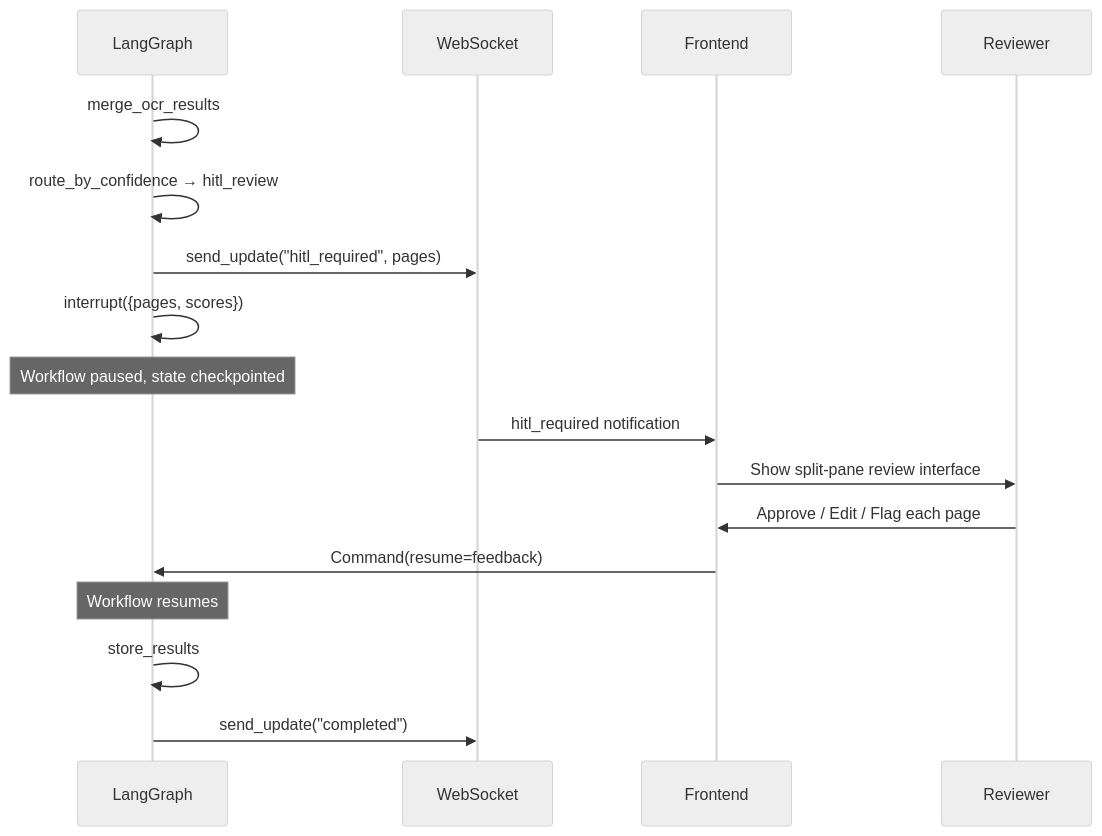
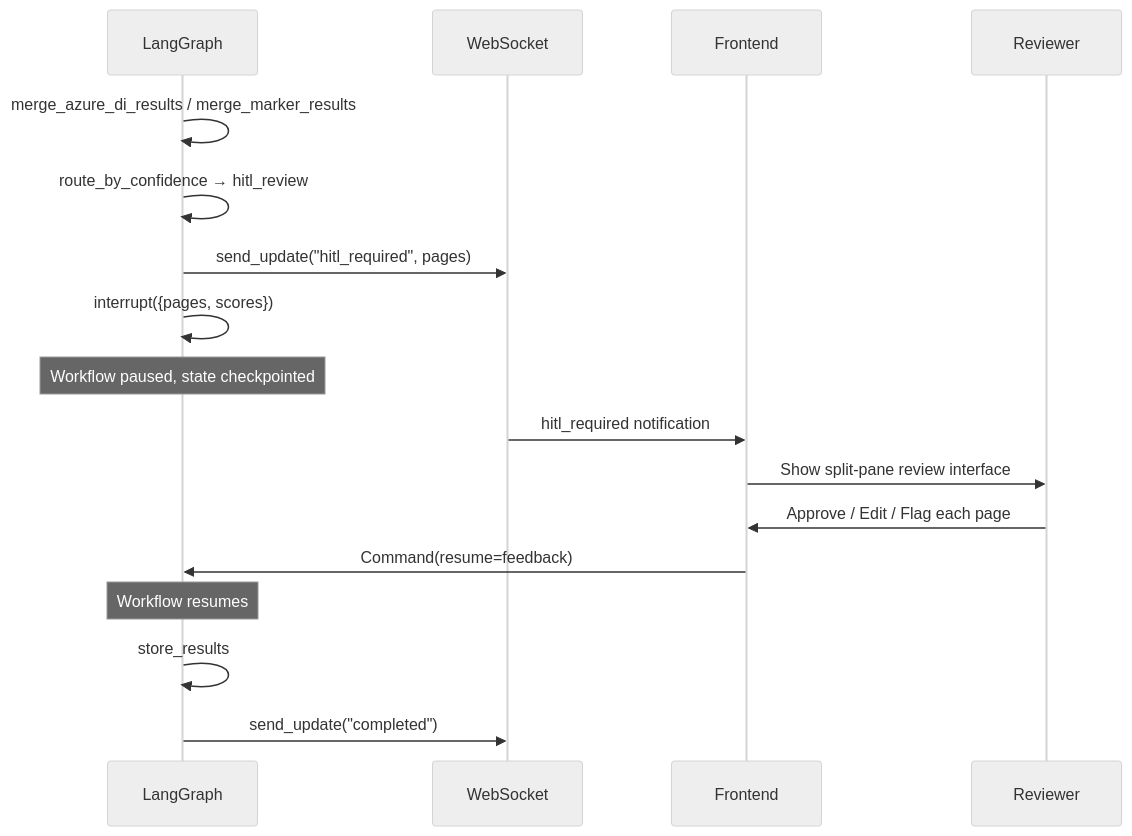
Before and after one commit to auropro-hyd/Docs-digitization: the second of 2 diagrams in wiki/backend/workflow/hitl-flow.md, drawn with Mermaid (neutral theme). The commit also changed other lines of this file and 146 other files, not shown here.

````diff
--- a/wiki/backend/workflow/hitl-flow.md
+++ b/wiki/backend/workflow/hitl-flow.md
@@ -106,23 +107,23 @@
 ```mermaid
 sequenceDiagram
     participant Graph as LangGraph
     participant WS as WebSocket
     participant UI as Frontend
     participant Human as Reviewer
 
-    Graph->>Graph: merge_ocr_results
+    Graph->>Graph: merge_azure_di_results / merge_marker_results
     Graph->>Graph: route_by_confidence → hitl_review
     Graph->>WS: send_update("hitl_required", pages)
     Graph->>Graph: interrupt({pages, scores})
     Note over Graph: Workflow paused, state checkpointed
 
     WS->>UI: hitl_required notification
     UI->>Human: Show split-pane review interface
 
     Human->>UI: Approve / Edit / Flag each page
     UI->>Graph: Command(resume=feedback)
 
     Note over Graph: Workflow resumes
     Graph->>Graph: store_results
     Graph->>WS: send_update("completed")
 ```
````
